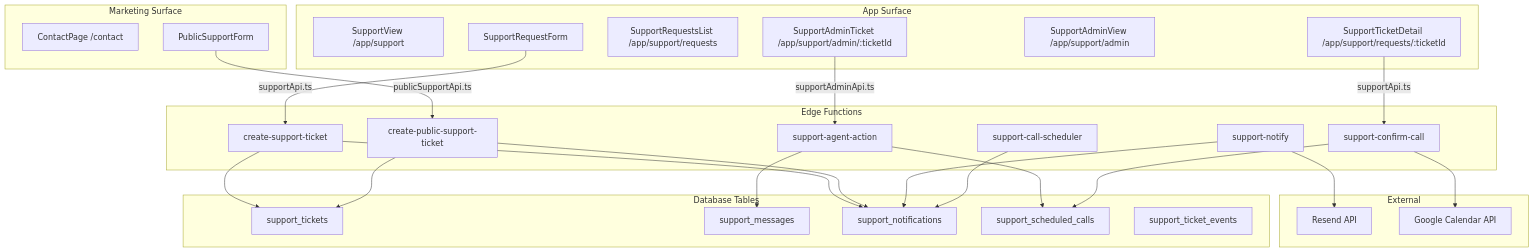
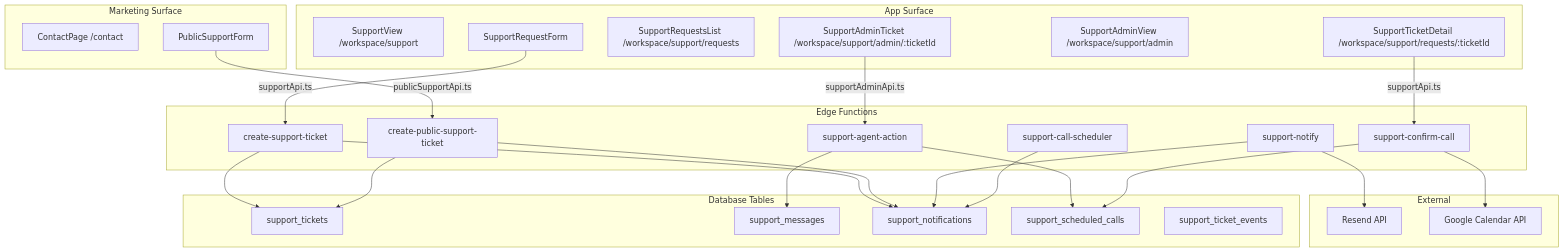
One commit to Dutiva-Canada/Dutiva_Web changed the first of 7 diagrams in docs/wiki/Support-Architecture-Ticket-Lifecycle.md. Above: the diagram before and after it, drawn with Mermaid. The commit also changed other lines of this file and 107 other files, not shown here.

````diff
--- a/docs/wiki/Support-Architecture-Ticket-Lifecycle.md
+++ b/docs/wiki/Support-Architecture-Ticket-Lifecycle.md
@@ -74,54 +74,54 @@
 ```mermaid
 graph TB
     subgraph "Marketing Surface"
         ContactPage["ContactPage /contact"]
         PublicSupportForm["PublicSupportForm"]
     end
 
     subgraph "App Surface"
-        SupportView["SupportView /app/support"]
+        SupportView["SupportView /workspace/support"]
         SupportRequestForm["SupportRequestForm"]
-        SupportRequestsList["SupportRequestsList /app/support/requests"]
-        SupportTicketDetail["SupportTicketDetail /app/support/requests/:ticketId"]
-        SupportAdminView["SupportAdminView /app/support/admin"]
-        SupportAdminTicket["SupportAdminTicket /app/support/admin/:ticketId"]
+        SupportRequestsList["SupportRequestsList /workspace/support/requests"]
+        SupportTicketDetail["SupportTicketDetail /workspace/support/requests/:ticketId"]
+        SupportAdminView["SupportAdminView /workspace/support/admin"]
+        SupportAdminTicket["SupportAdminTicket /workspace/support/admin/:ticketId"]
     end
 
     subgraph "Edge Functions"
         createSupportTicket["create-support-ticket"]
         createPublicSupportTicket["create-public-support-ticket"]
         supportAgentAction["support-agent-action"]
         supportConfirmCall["support-confirm-call"]
         supportNotify["support-notify"]
         supportCallScheduler["support-call-scheduler"]
     end
 
     subgraph "Database Tables"
         support_tickets["support_tickets"]
         support_messages["support_messages"]
         support_notifications["support_notifications"]
         support_scheduled_calls["support_scheduled_calls"]
         support_ticket_events["support_ticket_events"]
     end
 
     subgraph "External"
         Resend["Resend API"]
         GoogleCalendar["Google Calendar API"]
     end
 
     SupportRequestForm -- "supportApi.ts" --> createSupportTicket
     PublicSupportForm -- "publicSupportApi.ts" --> createPublicSupportTicket
     SupportAdminTicket -- "supportAdminApi.ts" --> supportAgentAction
     SupportTicketDetail -- "supportApi.ts" --> supportConfirmCall
     createSupportTicket --> support_tickets
     createPublicSupportTicket --> support_tickets
     createSupportTicket --> support_notifications
     createPublicSupportTicket --> support_notifications
     supportAgentAction --> support_messages
     supportAgentAction --> support_scheduled_calls
     supportConfirmCall --> support_scheduled_calls
     supportConfirmCall --> GoogleCalendar
     supportNotify --> support_notifications
     supportNotify --> Resend
     supportCallScheduler --> support_notifications
 ```
````
